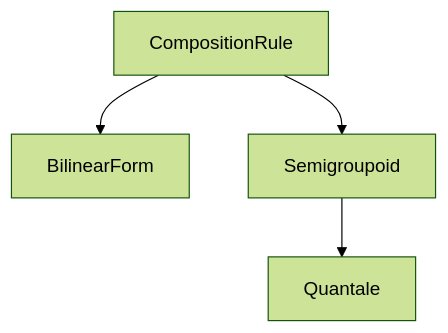
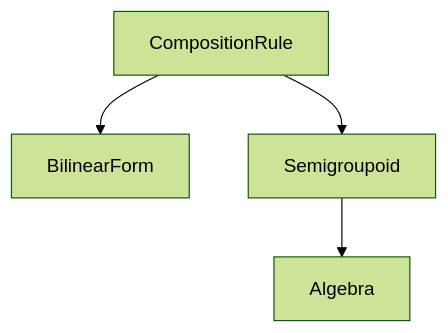
One commit to FACTSlab/quivers changed the diagram in docs/semantics/composition-rules.md. Above: the diagram before and after it, drawn with Mermaid (forest theme). The commit also changed other lines of this file and 138 other files, not shown here.

First line of the commit message:
rename quantale → algebra across DSL, Python API, docs

````diff
--- a/docs/semantics/composition-rules.md
+++ b/docs/semantics/composition-rules.md
@@ -27,10 +27,10 @@
 ```mermaid
 graph TD
   CR["CompositionRule"]
   BF["BilinearForm"]
   SG["Semigroupoid"]
-  Q["Quantale"]
+  Q["Algebra"]
   CR --> BF
   CR --> SG
   SG --> Q
 ```
````
